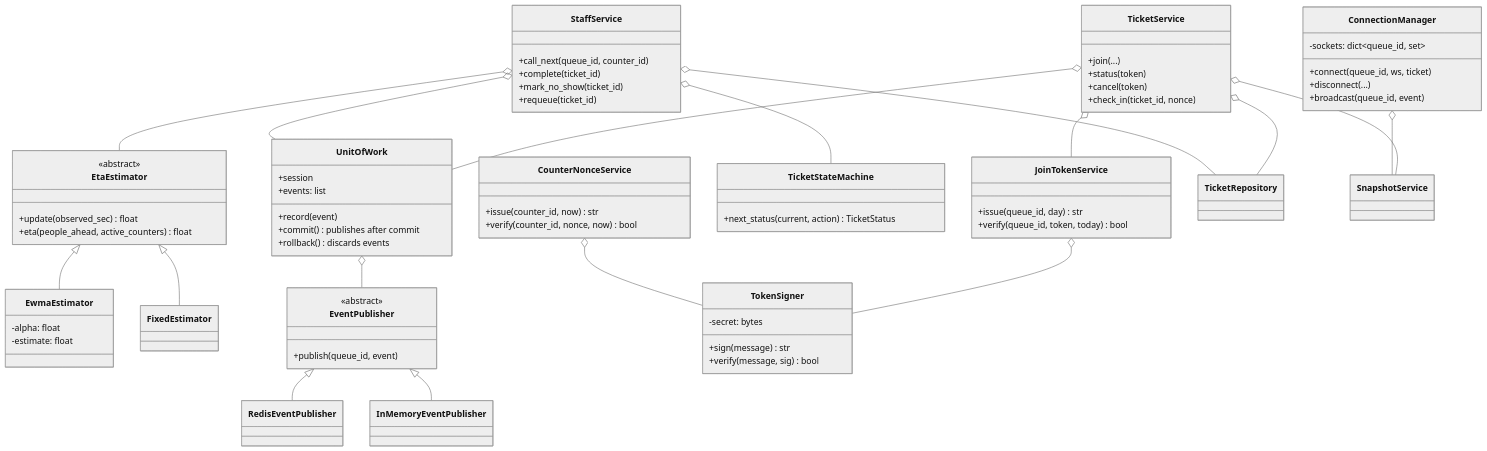
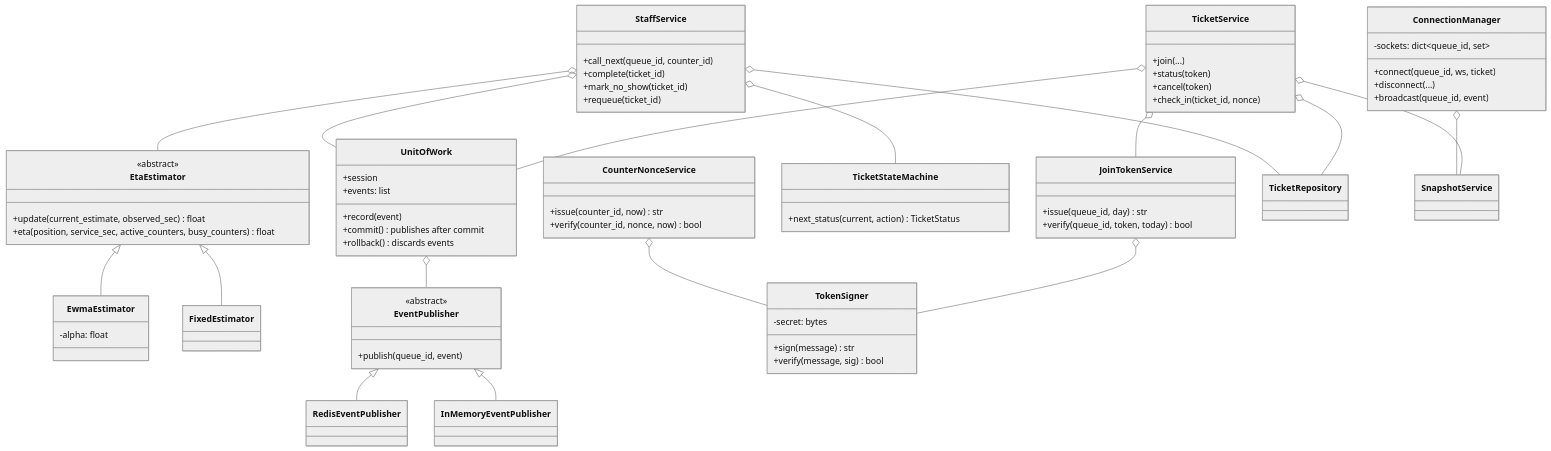
Before and after one commit to 0xp-g/queue_less: the sixth of 6 diagrams in docs/DESIGN.md, drawn with Mermaid (neutral theme). The commit also changed other lines of this file and 30 other files, not shown here.

````diff
--- a/docs/DESIGN.md
+++ b/docs/DESIGN.md
@@ -305,82 +305,81 @@
 ```mermaid
 classDiagram
   class EtaEstimator {
     <<abstract>>
-    +update(observed_sec) float
-    +eta(people_ahead, active_counters) float
+    +update(current_estimate, observed_sec) float
+    +eta(position, service_sec, active_counters, busy_counters) float
   }
   class EwmaEstimator {
     -alpha: float
-    -estimate: float
   }
   class FixedEstimator
   EtaEstimator <|-- EwmaEstimator
   EtaEstimator <|-- FixedEstimator
 
   class EventPublisher {
     <<abstract>>
     +publish(queue_id, event)
   }
   class RedisEventPublisher
   class InMemoryEventPublisher
   EventPublisher <|-- RedisEventPublisher
   EventPublisher <|-- InMemoryEventPublisher
 
   class TokenSigner {
     -secret: bytes
     +sign(message) str
     +verify(message, sig) bool
   }
   class JoinTokenService {
     +issue(queue_id, day) str
     +verify(queue_id, token, today) bool
   }
   class CounterNonceService {
     +issue(counter_id, now) str
     +verify(counter_id, nonce, now) bool
   }
   JoinTokenService o-- TokenSigner
   CounterNonceService o-- TokenSigner
 
   class TicketStateMachine {
     +next_status(current, action) TicketStatus
   }
 
   class UnitOfWork {
     +session
     +events: list
     +record(event)
     +commit()  publishes after commit
     +rollback()  discards events
   }
   UnitOfWork o-- EventPublisher
 
   class TicketService {
     +join(...)
     +status(token)
     +cancel(token)
     +check_in(ticket_id, nonce)
   }
   class StaffService {
     +call_next(queue_id, counter_id)
     +complete(ticket_id)
     +mark_no_show(ticket_id)
     +requeue(ticket_id)
   }
   TicketService o-- UnitOfWork
   TicketService o-- TicketRepository
   TicketService o-- JoinTokenService
   TicketService o-- SnapshotService
   StaffService o-- UnitOfWork
   StaffService o-- TicketRepository
   StaffService o-- TicketStateMachine
   StaffService o-- EtaEstimator
 
   class ConnectionManager {
     -sockets: dict~queue_id, set~
     +connect(queue_id, ws, ticket)
     +disconnect(...)
     +broadcast(queue_id, event)
   }
   ConnectionManager o-- SnapshotService
 ```
````
